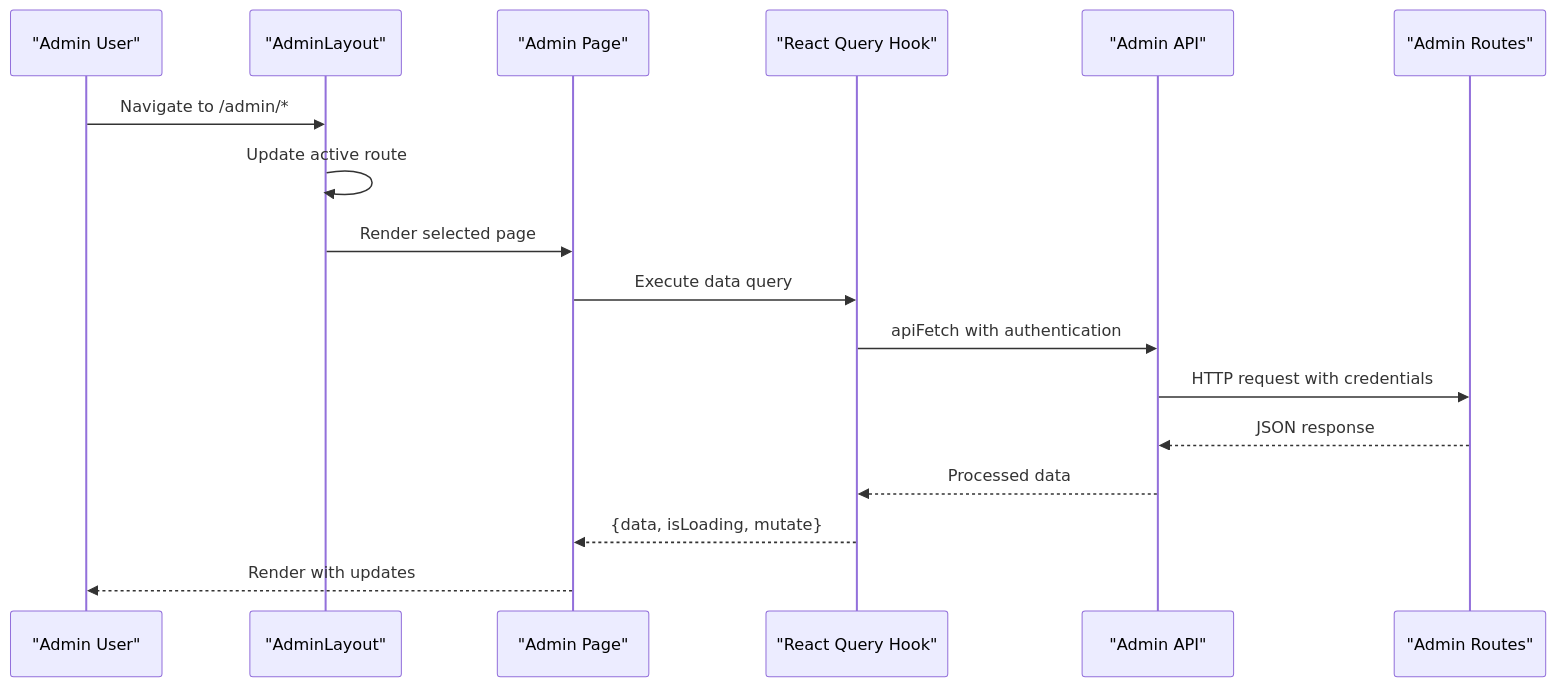
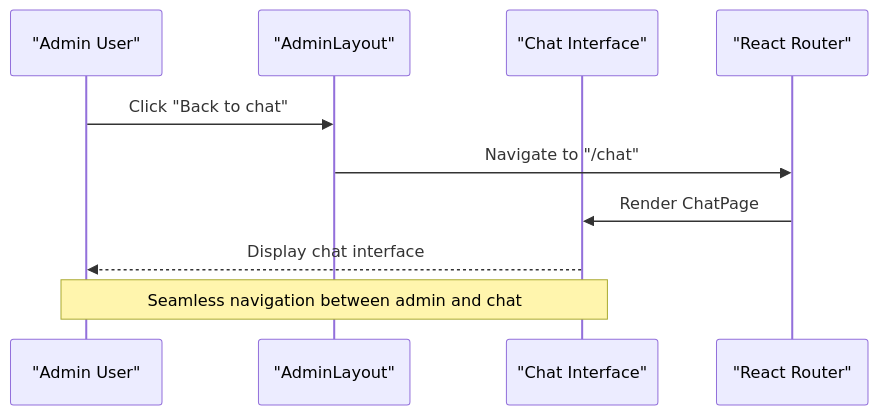
Before and after one commit to genes8/private-ai: the second of 16 diagrams in .qoder/repowiki/en/content/Frontend Application/Admin Dashboard/Admin Dashboard.md, drawn with Mermaid. The commit also changed other lines of this file and 55 other files, not shown here.

````diff
--- a/.qoder/repowiki/en/content/Frontend Application/Admin Dashboard/Admin Dashboard.md
+++ b/.qoder/repowiki/en/content/Frontend Application/Admin Dashboard/Admin Dashboard.md
@@ -161,19 +173,12 @@
 ```mermaid
 sequenceDiagram
 participant Admin as "Admin User"
 participant Layout as "AdminLayout"
-participant Page as "Admin Page"
-participant Hook as "React Query Hook"
-participant API as "Admin API"
-participant Backend as "Admin Routes"
-Admin->>Layout : Navigate to /admin/*
-Layout->>Layout : Update active route
-Layout->>Page : Render selected page
-Page->>Hook : Execute data query
-Hook->>API : apiFetch with authentication
-API->>Backend : HTTP request with credentials
-Backend-->>API : JSON response
-API-->>Hook : Processed data
-Hook-->>Page : {data, isLoading, mutate}
-Page-->>Admin : Render with updates
+participant Chat as "Chat Interface"
+participant Router as "React Router"
+Admin->>Layout : Click "Back to chat"
+Layout->>Router : Navigate to "/chat"
+Router->>Chat : Render ChatPage
+Chat-->>Admin : Display chat interface
+Note over Admin,Chat : Seamless navigation between admin and chat
 ```
````
